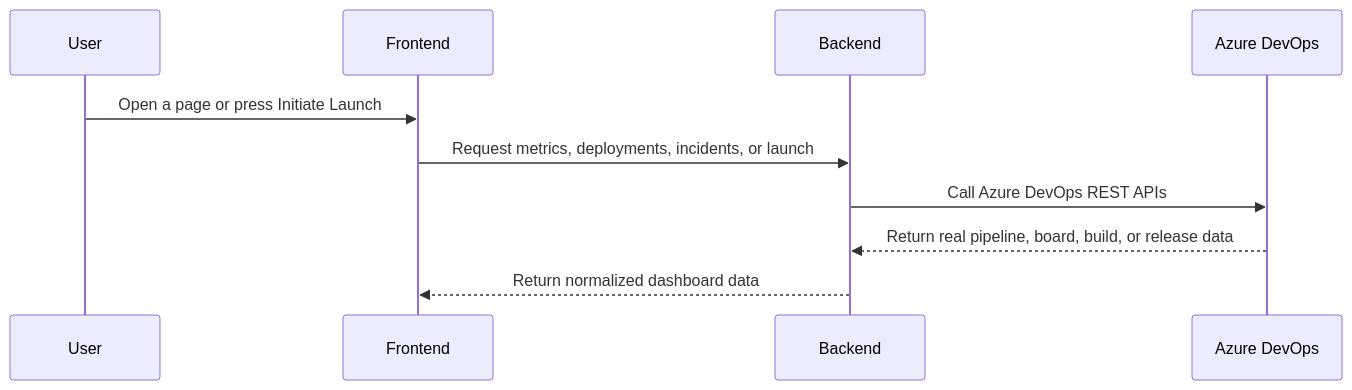
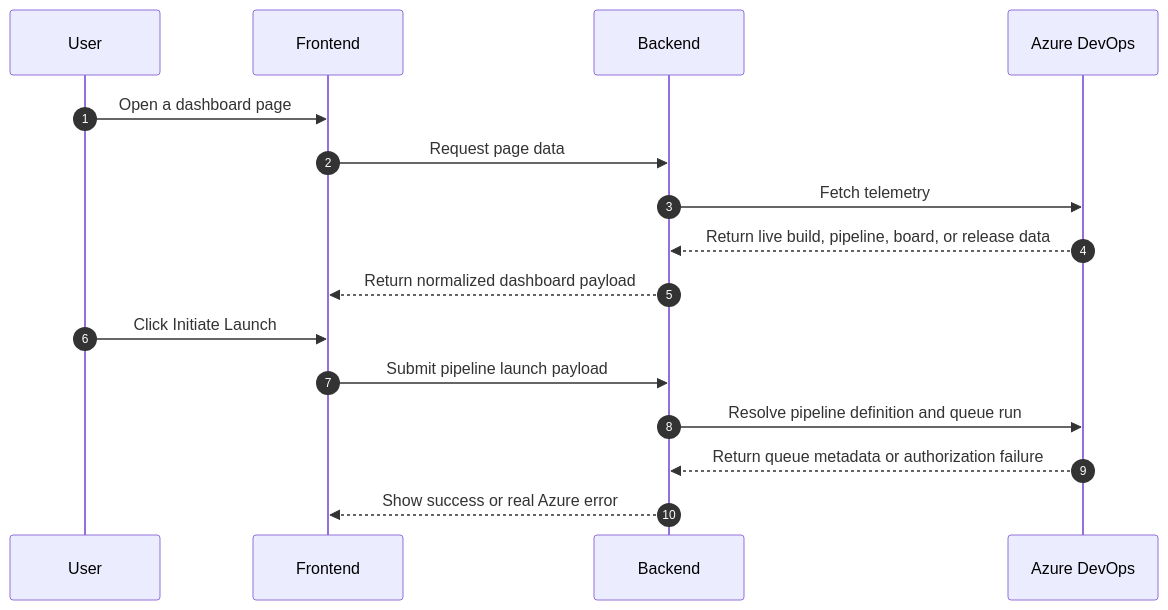
The second of 2 diagrams in README.md (Rudra-Narayan-Pandey/DORA-Dashboard), drawn with Mermaid before and after one commit. The commit also changed other lines of this file, not shown here.

Commit message:
Expand README with architecture and file map

````diff
--- a/README.md
+++ b/README.md
@@ -39,13 +60,19 @@
 ```mermaid
 sequenceDiagram
+  autonumber
   participant U as User
-  participant F as Frontend
-  participant B as Backend
-  participant A as Azure DevOps
+  participant UI as Frontend
+  participant BE as Backend
+  participant AZ as Azure DevOps
 
-  U->>F: Open a page or press Initiate Launch
-  F->>B: Request metrics, deployments, incidents, or launch
-  B->>A: Call Azure DevOps REST APIs
-  A-->>B: Return real pipeline, board, build, or release data
-  B-->>F: Return normalized dashboard data
+  U->>UI: Open a dashboard page
+  UI->>BE: Request page data
+  BE->>AZ: Fetch telemetry
+  AZ-->>BE: Return live build, pipeline, board, or release data
+  BE-->>UI: Return normalized dashboard payload
+  U->>UI: Click Initiate Launch
+  UI->>BE: Submit pipeline launch payload
+  BE->>AZ: Resolve pipeline definition and queue run
+  AZ-->>BE: Return queue metadata or authorization failure
+  BE-->>UI: Show success or real Azure error
 ```
````
